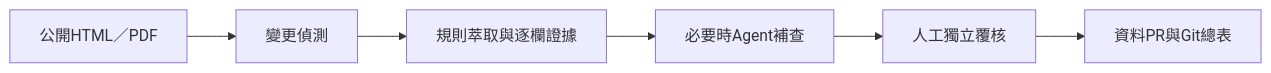
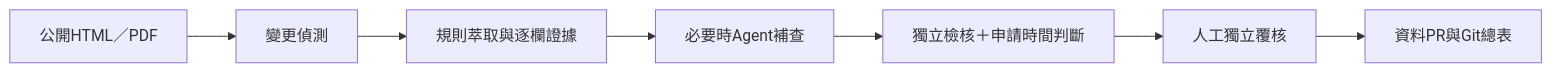
The first of 2 diagrams in README.md (matt-ye/opengsa), drawn with Mermaid before and after one commit. The commit also changed other lines of this file and 15 other files, not shown here.

Commit message:
feat: implement candidate schema, structured extraction, independent verification, and deadline/eligibility engine

````diff
--- a/README.md
+++ b/README.md
@@ -44,8 +44,9 @@
 ```mermaid
 flowchart LR
  A[公開HTML／PDF] --> B[變更偵測]
  B --> C[規則萃取與逐欄證據]
  C --> D[必要時Agent補查]
- D --> E[人工獨立覆核]
- E --> F[資料PR與Git總表]
+ D --> E[獨立檢核＋申請時間判斷]
+ E --> F[人工獨立覆核]
+ F --> G[資料PR與Git總表]
 ```
````
